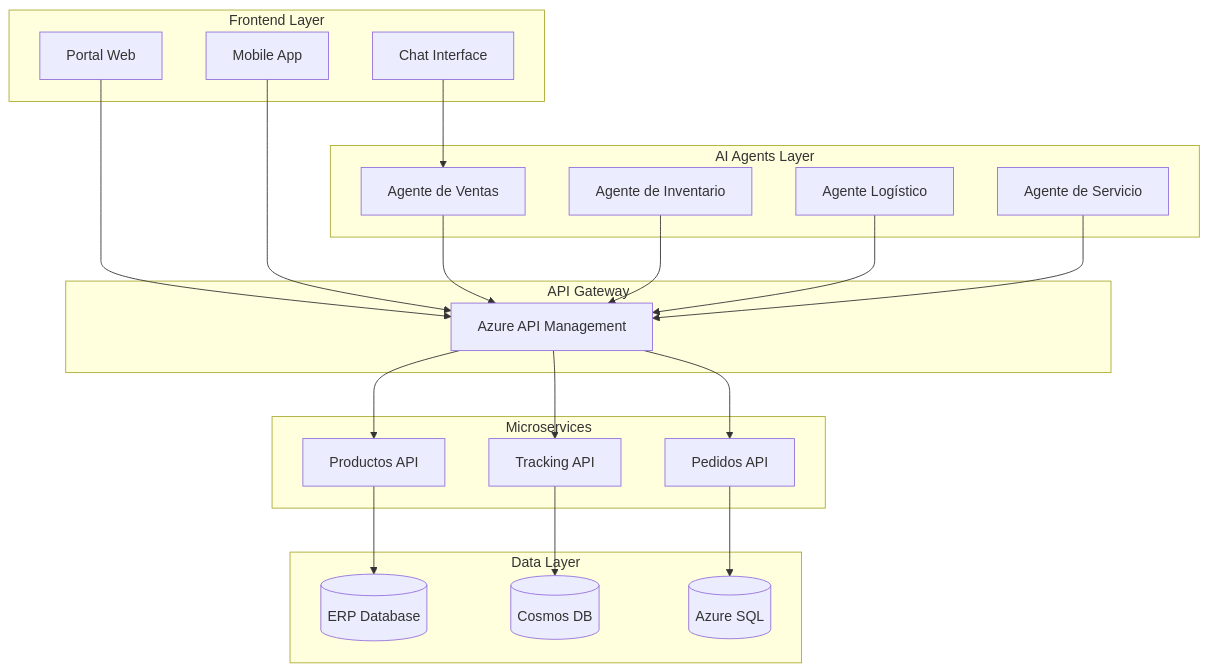
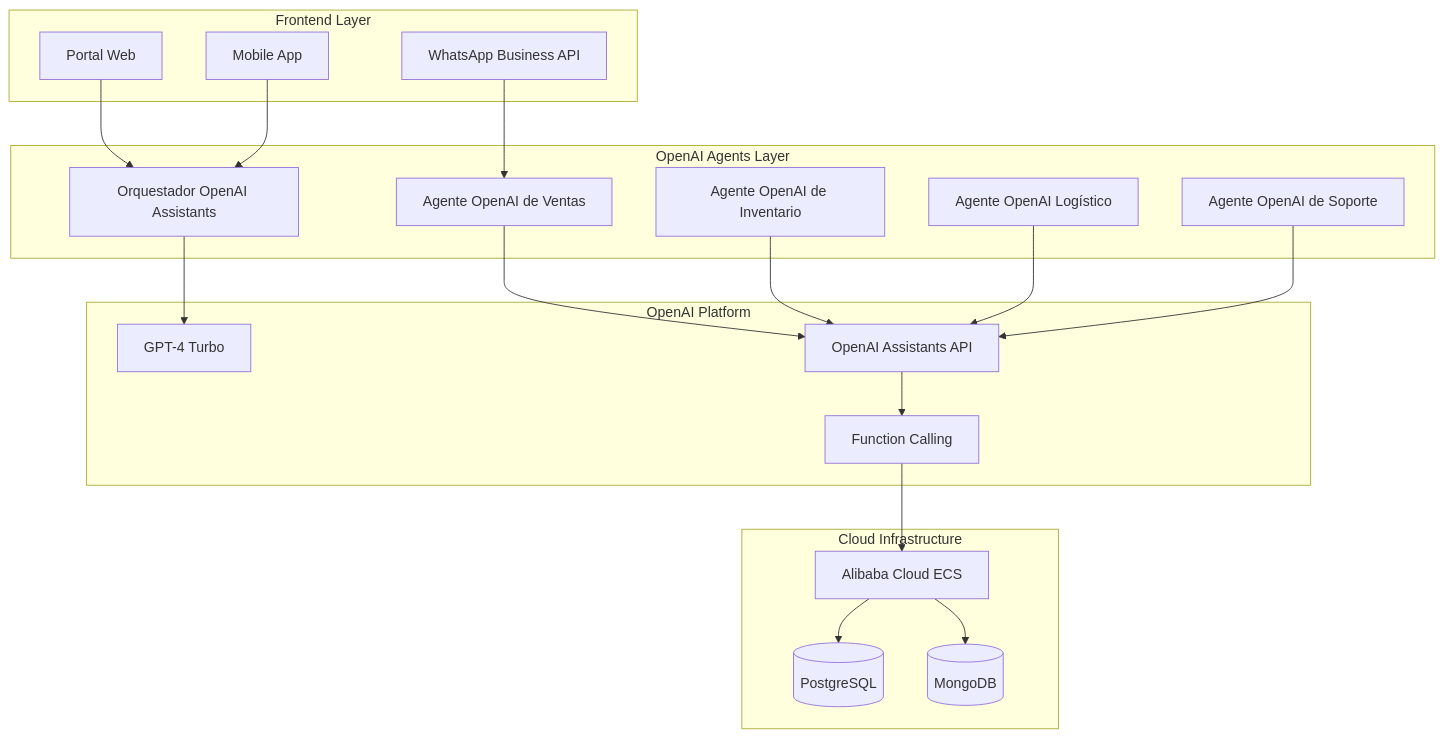
One commit to ingleo44/topllantas-proposal changed the diagram in docs/index.md. Above: the diagram before and after it, drawn with Mermaid. The commit also changed other lines of this file and 3 other files, not shown here.

````diff
--- a/docs/index.md
+++ b/docs/index.md
@@ -53,47 +58,42 @@
 ```mermaid
 graph TB
     subgraph "Frontend Layer"
         WEB[Portal Web]
         MOB[Mobile App]
-        CHAT[Chat Interface]
+        WHATS[WhatsApp Business API]
     end
     
-    subgraph "AI Agents Layer"
-        SALES[Agente de Ventas]
-        INV[Agente de Inventario]
-        LOG[Agente Logístico]
-        CUST[Agente de Servicio]
+    subgraph "OpenAI Agents Layer"
+        SALES[Agente OpenAI de Ventas]
+        INV[Agente OpenAI de Inventario]
+        LOG[Agente OpenAI Logístico]
+        SUP[Agente OpenAI de Soporte]
+        COORD[Orquestador OpenAI Assistants]
     end
     
-    subgraph "API Gateway"
-        APIM[Azure API Management]
+    subgraph "OpenAI Platform"
+        GPT4[GPT-4 Turbo]
+        ASSIST[OpenAI Assistants API]
+        FUNC[Function Calling]
     end
     
-    subgraph "Microservices"
-        PROD[Productos API]
-        ORDER[Pedidos API]
-        TRACK[Tracking API]
+    subgraph "Cloud Infrastructure"
+        ECS[Alibaba Cloud ECS]
+        POSTGRES[(PostgreSQL)]
+        MONGO[(MongoDB)]
     end
     
-    subgraph "Data Layer"
-        ERP[(ERP Database)]
-        COSMOS[(Cosmos DB)]
-        SQL[(Azure SQL)]
-    end
+    WHATS --> SALES
+    WEB --> COORD
+    MOB --> COORD
+    SALES --> ASSIST
+    INV --> ASSIST
+    LOG --> ASSIST
+    SUP --> ASSIST
+    COORD --> GPT4
     
-    WEB --> APIM
-    MOB --> APIM
-    CHAT --> SALES
-    SALES --> APIM
-    INV --> APIM
-    LOG --> APIM
-    CUST --> APIM
-    
-    APIM --> PROD
-    APIM --> ORDER
-    APIM --> TRACK
-    
-    PROD --> ERP
-    ORDER --> SQL
-    TRACK --> COSMOS
+    ASSIST --> FUNC
+    FUNC --> ECS
+    ECS --> POSTGRES
+    ECS --> MONGO
 ```
````
